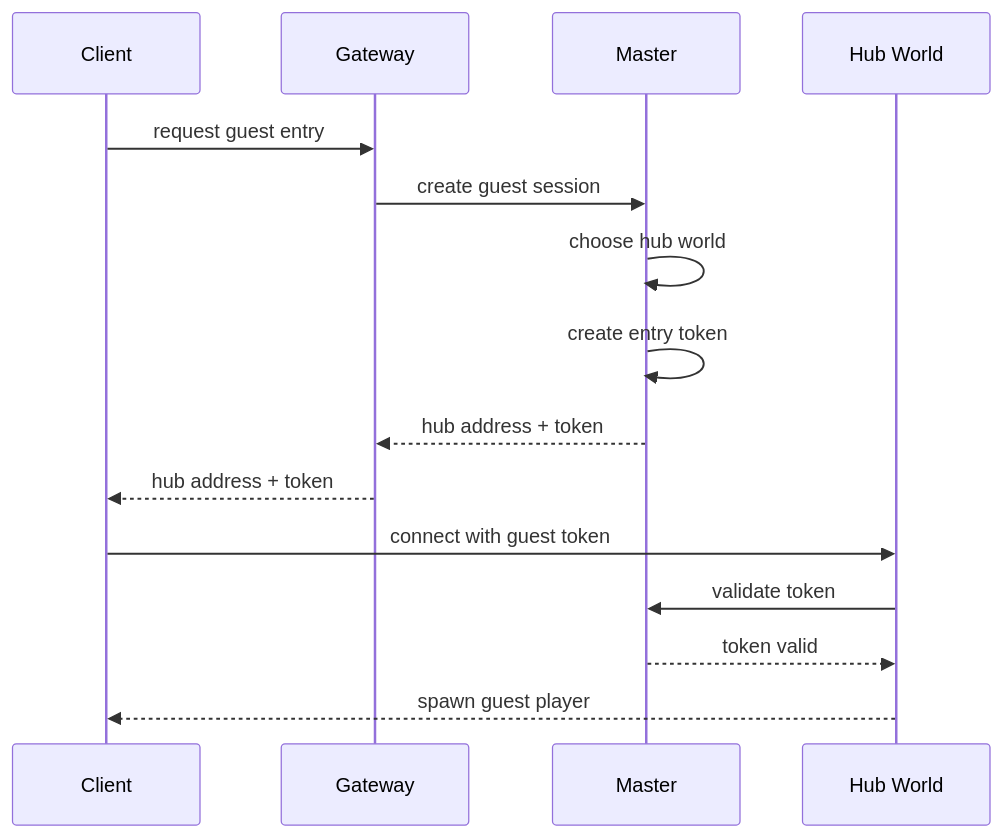
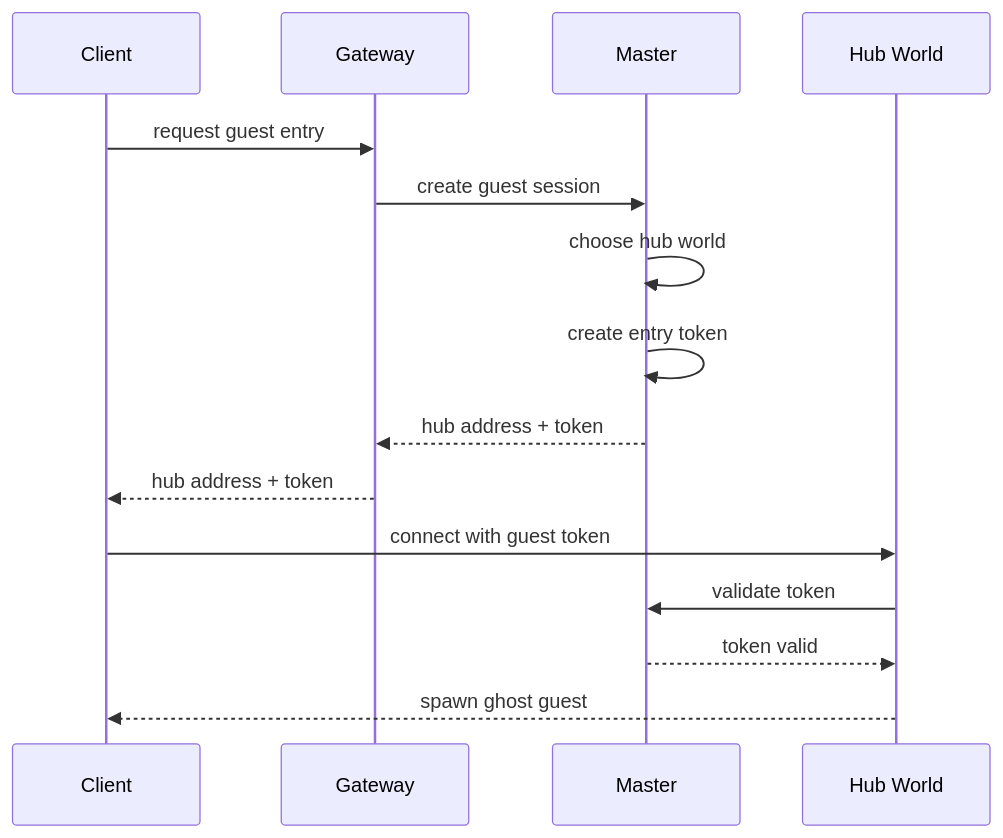
Before and after one commit to Shilo/multi-server-test: the first of 3 diagrams in docs/virtucade.md, drawn with Mermaid. The commit also changed other lines of this file, not shown here.

Commit message:
Document VirtuCade ghost guest hub rules

````diff
--- a/docs/virtucade.md
+++ b/docs/virtucade.md
@@ -138,18 +141,18 @@
 ```mermaid
 sequenceDiagram
     participant C as Client
     participant G as Gateway
     participant M as Master
     participant W as Hub World
 
     C->>G: request guest entry
     G->>M: create guest session
     M->>M: choose hub world
     M->>M: create entry token
     M-->>G: hub address + token
     G-->>C: hub address + token
     C->>W: connect with guest token
     W->>M: validate token
     M-->>W: token valid
-    W-->>C: spawn guest player
+    W-->>C: spawn ghost guest
 ```
````
